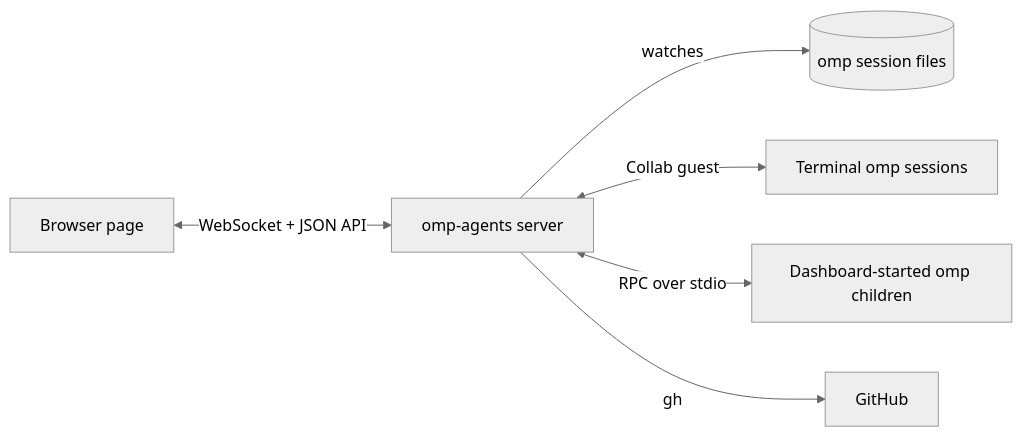
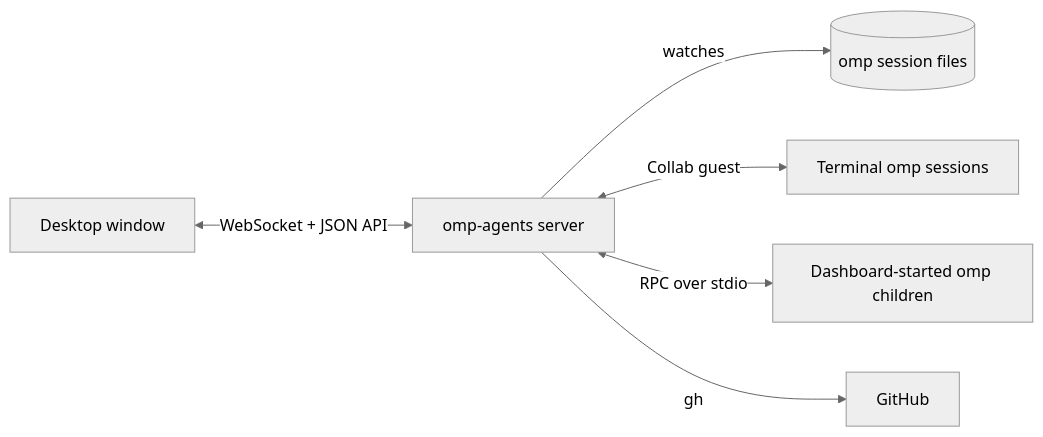
Before and after one commit to MaisonnatM/omp-agents: the diagram in README.md, drawn with Mermaid (neutral theme). The commit also changed other lines of this file and 40 other files, not shown here.

````diff
--- a/README.md
+++ b/README.md
@@ -201,8 +197,8 @@
 ```mermaid
 flowchart LR
-  page[Browser page] <-->|WebSocket + JSON API| server[omp-agents server]
+  window[Desktop window] <-->|WebSocket + JSON API| server[omp-agents server]
   server -->|watches| files[(omp session files)]
   server <-->|Collab guest| terminal[Terminal omp sessions]
   server <-->|RPC over stdio| child[Dashboard-started omp children]
   server -->|gh| github[GitHub]
 ```
````
